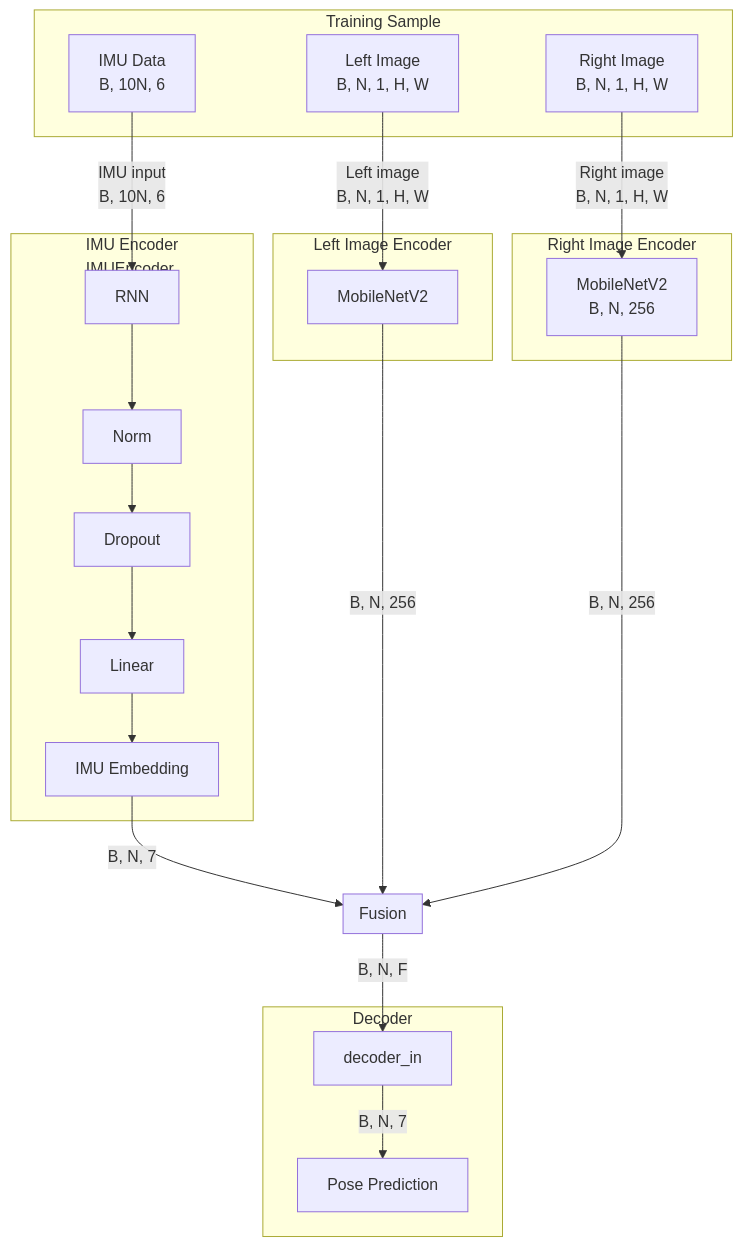
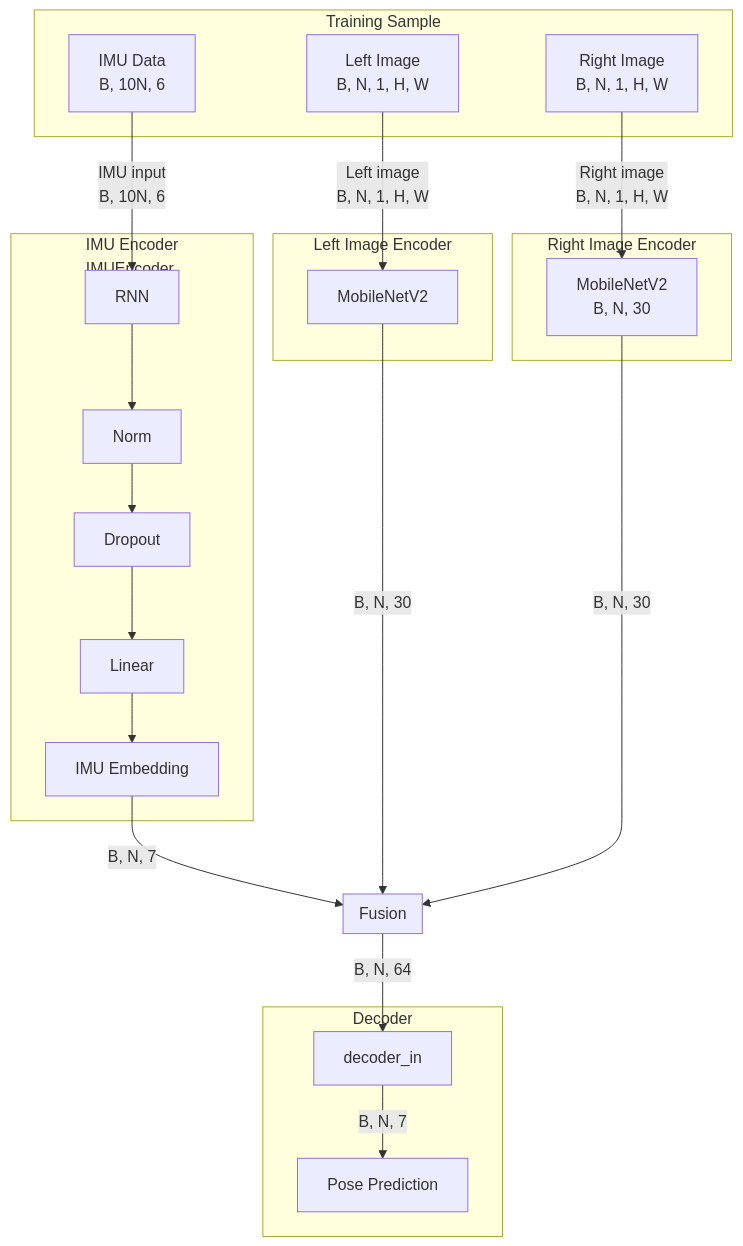
One commit to Irnehs/ECE-228-SLAM-VIO changed the diagram in notebooks/model-architecture-mermaid.md. Above: the diagram before and after it, drawn with Mermaid.

````diff
--- a/notebooks/model-architecture-mermaid.md
+++ b/notebooks/model-architecture-mermaid.md
@@ -1,40 +1,40 @@
 ```mermaid
 graph TD
 
     subgraph Train[Training Sample]
         LeftImage_Data[Left Image<br>B, N, 1, H, W]
         RightImage_Data[Right Image<br>B, N, 1, H, W]
         IMU_Data[IMU Data<br>B, 10N, 6]
     end
 
     IMU_Data -->|IMU input<br>B, 10N, 6| imu_rnn
     LeftImage_Data -->|Left image<br>B, N, 1, H, W| l_image_branch
     RightImage_Data -->|Right image<br>B, N, 1, H, W| r_image_branch
 
     subgraph IMU_Branch[IMU Encoder<br>IMUEncoder]
         imu_rnn[RNN] --> imu_norm[Norm]
         imu_norm --> imu_dropout[Dropout]
         imu_dropout --> imu_linear[Linear]
         imu_linear --> imu_out[IMU Embedding]
     end
 
     subgraph LI_Branch[Left Image Encoder]
         l_image_branch[MobileNetV2]
     end
 
     subgraph RI_Branch[Right Image Encoder]
-        r_image_branch[MobileNetV2<br>B, N, 256]
+        r_image_branch[MobileNetV2<br>B, N, 30]
     end
 
     imu_out -->|B, N, 7| Fusion
-    l_image_branch -->|B, N, 256| Fusion
-    r_image_branch -->|B, N, 256| Fusion
+    l_image_branch -->|B, N, 30| Fusion
+    r_image_branch -->|B, N, 30| Fusion
 
     subgraph Fusion
     end
 
-    Fusion -->|B, N, F| decoder_in
+    Fusion -->|B, N, 64| decoder_in
     subgraph Decoder[Decoder]
         decoder_in -->|B, N, 7| Pred[Pose Prediction]
     end
 ```
````
